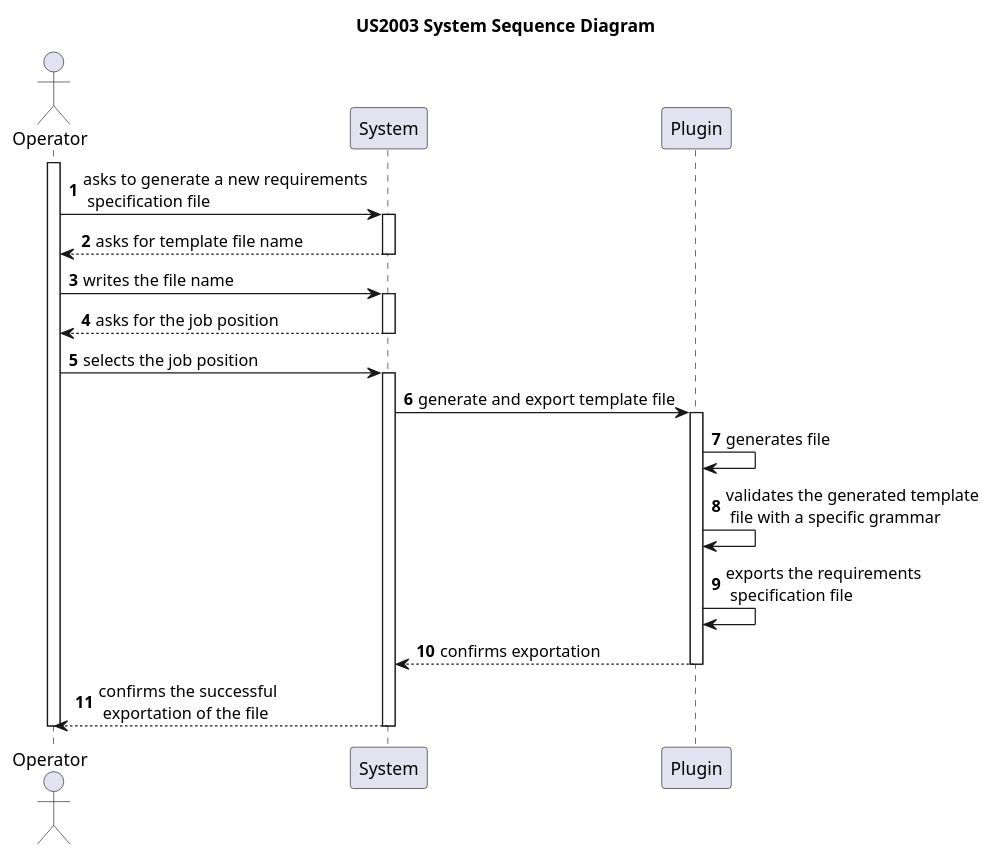
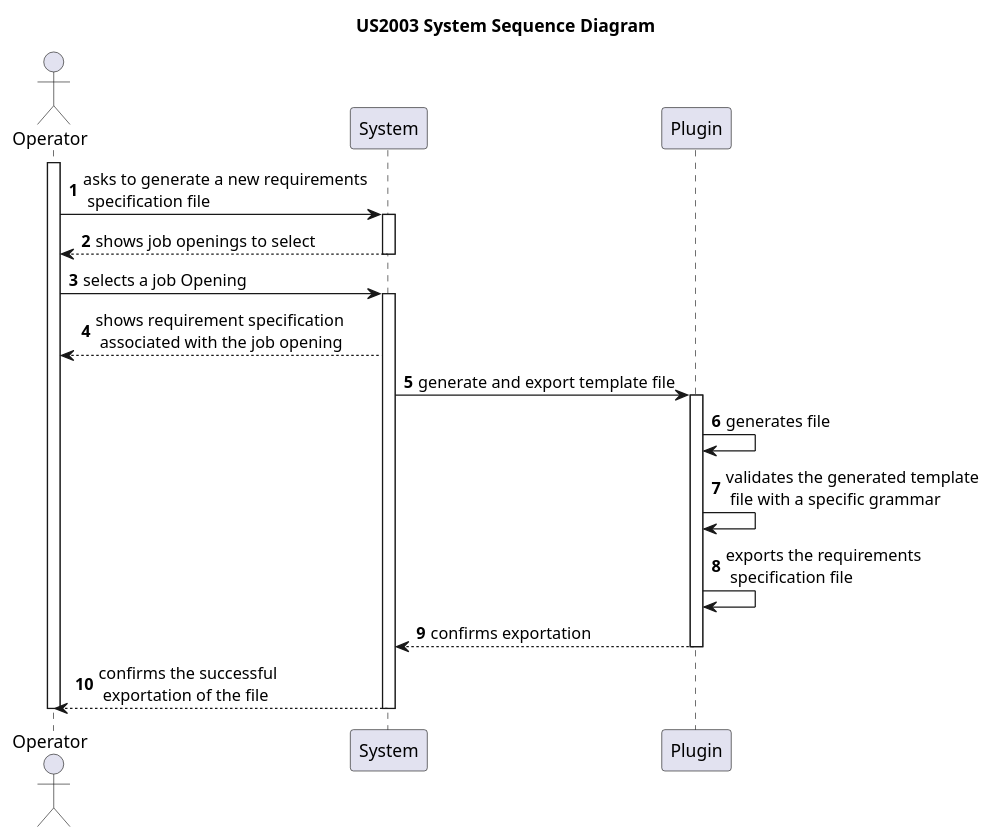
The diagram in docs/sb_us_2003/US2003_SSD/us_2003_SSD.puml (rita-barbosa/LAPR4-2324), drawn with PlantUML before and after one commit. The commit also changed 1 other file, not shown here.

```diff
--- a/docs/sb_us_2003/US2003_SSD/us_2003_SSD.puml
+++ b/docs/sb_us_2003/US2003_SSD/us_2003_SSD.puml
@@ -1,46 +1,42 @@
 @startuml US2003_SSD
 autonumber
 
 title US2003 System Sequence Diagram
 
 actor "Operator" as OP
 participant "System" as SYS
 participant "Plugin" as PLU
 
 activate OP
 
 OP -> SYS : asks to generate a new requirements\n specification file
 
 activate SYS
 
-    SYS --> OP : asks for template file name
+    SYS --> OP : shows job openings to select
 deactivate SYS
 
-OP -> SYS : writes the file name
+OP -> SYS : selects a job Opening
 activate SYS
 
-SYS --> OP : asks for the job position
-deactivate SYS
-
-OP -> SYS : selects the job position
-activate SYS
+SYS --> OP : shows requirement specification\n associated with the job opening
 
 SYS -> PLU : generate and export template file
 activate PLU
 
 PLU -> PLU : generates file
 
 PLU -> PLU : validates the generated template\n file with a specific grammar
 
 PLU -> PLU : exports the requirements\n specification file
 
 PLU --> SYS : confirms exportation
 deactivate PLU
 
 SYS --> OP : confirms the successful\n exportation of the file
 deactivate SYS
 
 
 deactivate OP
 
 @enduml
```
